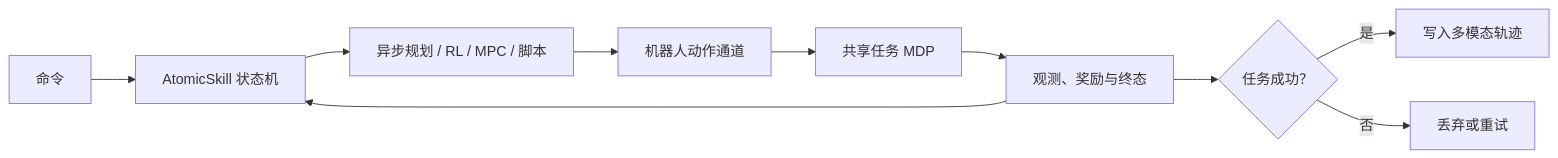
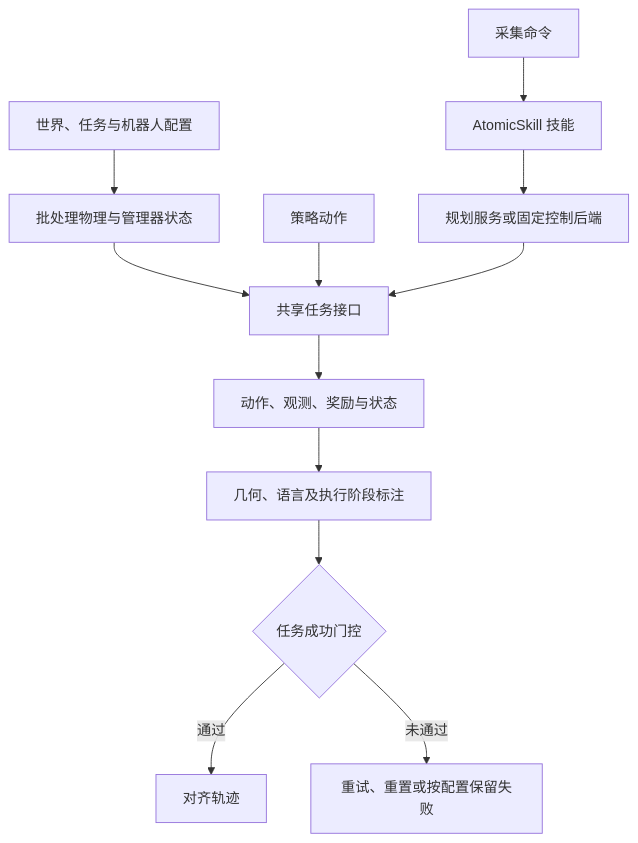
Before and after one commit to niuverse/llm-wiki: the diagram in wiki/sources/magicsim-a-unified-infrastructure-for-executable-embodied-interaction.md, drawn with Mermaid. The commit also changed other lines of this file and 317 other files, not shown here.

````diff
--- a/wiki/sources/magicsim-a-unified-infrastructure-for-executable-embodied-interaction.md
+++ b/wiki/sources/magicsim-a-unified-infrastructure-for-executable-embodied-interaction.md
@@ -46,12 +36,14 @@
 ```mermaid
-flowchart LR
-  C["命令"] --> S["AtomicSkill 状态机"]
-  S --> P["异步规划 / RL / MPC / 脚本"]
-  P --> R["机器人动作通道"]
-  R --> M["共享任务 MDP"]
-  M --> O["观测、奖励与终态"]
-  O --> S
-  O --> G{"任务成功？"}
-  G -->|是| D["写入多模态轨迹"]
-  G -->|否| X["丢弃或重试"]
+flowchart TD
+    W[世界、任务与机器人配置] --> E[批处理物理与管理器状态]
+    E --> T[共享任务接口]
+    R[策略动作] --> T
+    C[采集命令] --> S[AtomicSkill 技能]
+    S --> P[规划服务或固定控制后端]
+    P --> T
+    T --> O[动作、观测、奖励与状态]
+    O --> A[几何、语言及执行阶段标注]
+    A --> G{任务成功门控}
+    G -->|通过| D[对齐轨迹]
+    G -->|未通过| F[重试、重置或按配置保留失败]
 ```
````
